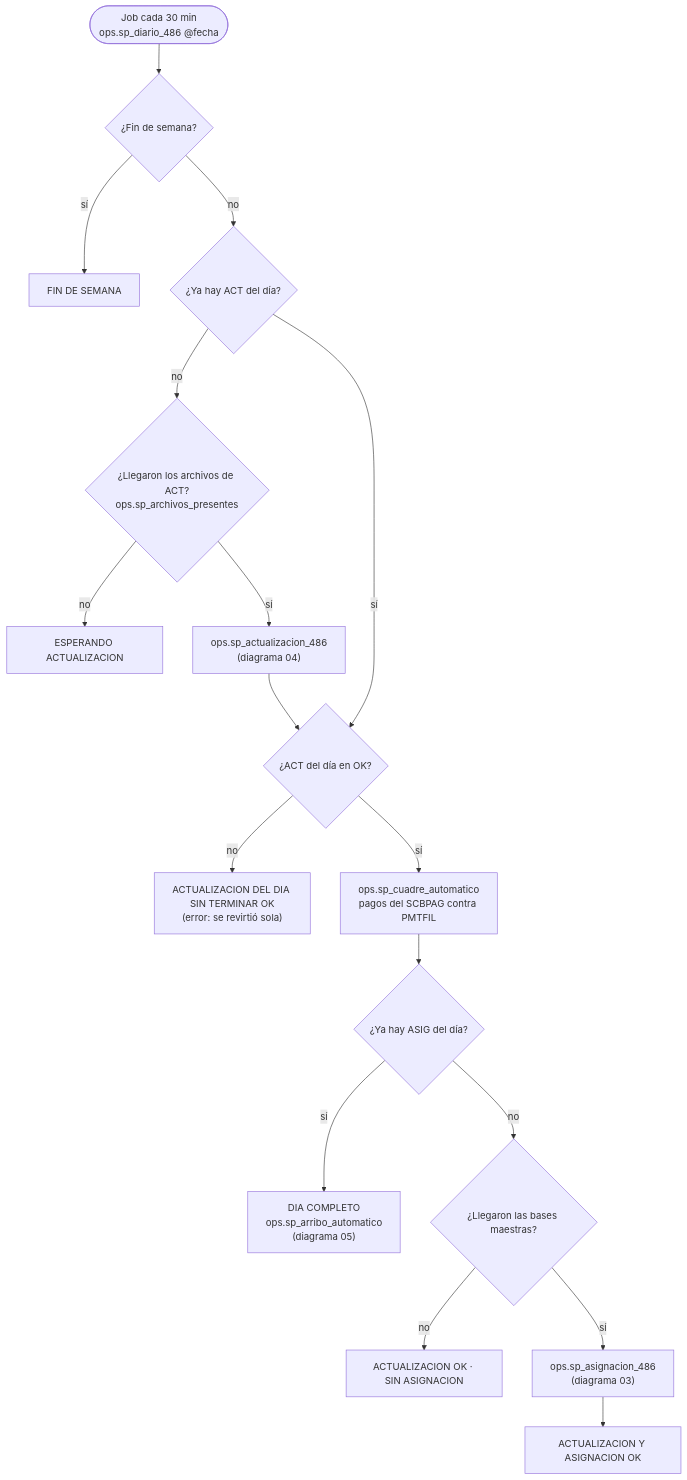
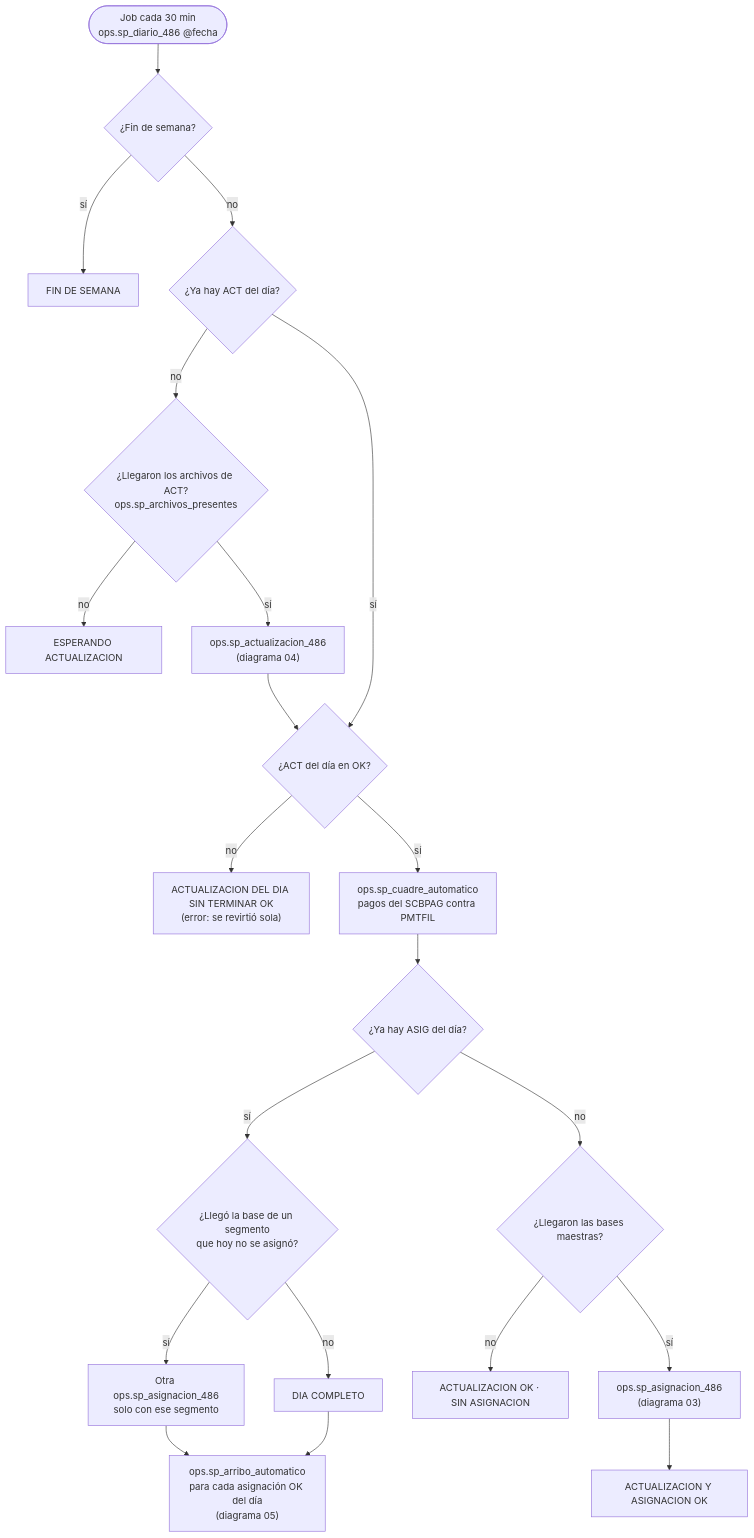
The diagram in docs/flujo/mmd/02_flujo_diario.mmd (0marMF/Banbaj), drawn with Mermaid before and after one commit. The commit also changed 30 other files, not shown here.

First line of the commit message:
Docs: llave por riesgo, validaciones nuevas, asignación por segmento y pruebas de entorno; Word y diagramas

```diff
--- a/docs/flujo/mmd/02_flujo_diario.mmd
+++ b/docs/flujo/mmd/02_flujo_diario.mmd
@@ -1,17 +1,21 @@
 flowchart TD
     A(["Job cada 30 min<br/>ops.sp_diario_486 @fecha"]) --> B{"¿Fin de semana?"}
     B -- sí --> B1["FIN DE SEMANA"]
     B -- no --> C{"¿Ya hay ACT del día?"}
     C -- no --> D{"¿Llegaron los archivos de ACT?<br/>ops.sp_archivos_presentes"}
     D -- no --> D1["ESPERANDO ACTUALIZACION"]
     D -- sí --> E["ops.sp_actualizacion_486<br/>(diagrama 04)"]
     E --> F
     C -- sí --> F{"¿ACT del día en OK?"}
     F -- no --> F1["ACTUALIZACION DEL DIA SIN TERMINAR OK<br/>(error: se revirtió sola)"]
     F -- sí --> G["ops.sp_cuadre_automatico<br/>pagos del SCBPAG contra PMTFIL"]
     G --> H{"¿Ya hay ASIG del día?"}
-    H -- sí --> I["DIA COMPLETO<br/>ops.sp_arribo_automatico<br/>(diagrama 05)"]
+    H -- sí --> H2{"¿Llegó la base de un segmento<br/>que hoy no se asignó?"}
+    H2 -- sí --> H3["Otra ops.sp_asignacion_486<br/>solo con ese segmento"]
+    H2 -- no --> I["DIA COMPLETO"]
+    H3 --> I2
+    I --> I2["ops.sp_arribo_automatico<br/>para cada asignación OK del día<br/>(diagrama 05)"]
     H -- no --> J{"¿Llegaron las bases maestras?"}
     J -- no --> J1["ACTUALIZACION OK · SIN ASIGNACION"]
     J -- sí --> K["ops.sp_asignacion_486<br/>(diagrama 03)"]
     K --> K1["ACTUALIZACION Y ASIGNACION OK"]
```
